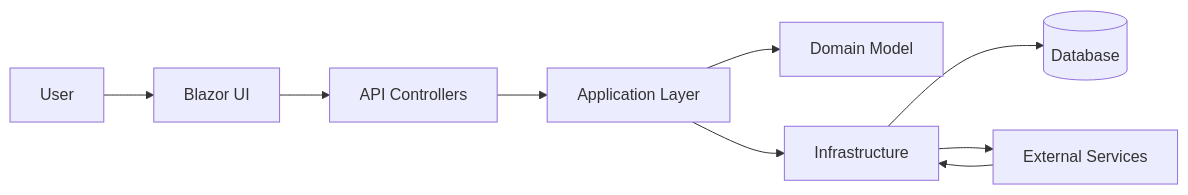
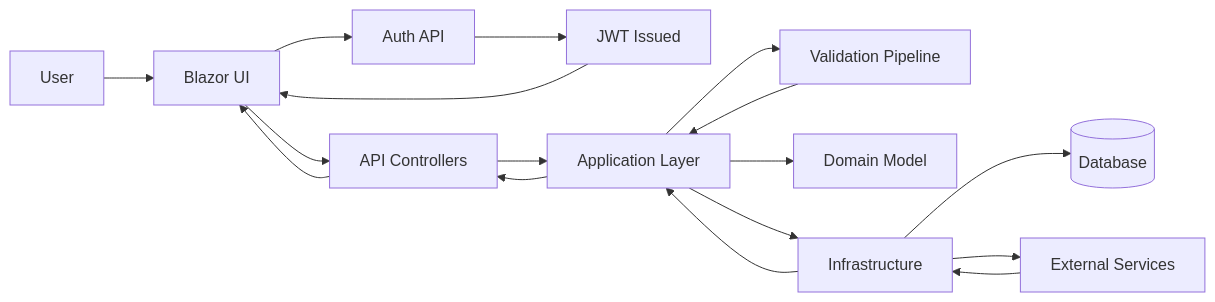
The first of 2 diagrams in README.md (CorpHarminder86/MerinoOne.SupplierPortal), drawn with Mermaid before and after one commit. The commit also changed other lines of this file and 203 other files, not shown here.

````diff
--- a/README.md
+++ b/README.md
@@ -33,11 +33,19 @@
 ```mermaid
 flowchart LR
-    User[User] --> UI[Blazor UI]
+    U[User] --> UI[Blazor UI]
+    UI --> Auth[Auth API]
+    Auth --> Token[JWT Issued]
+    Token --> UI
     UI --> API[API Controllers]
     API --> App[Application Layer]
+    App --> Val[Validation Pipeline]
+    Val --> App
     App --> Domain[Domain Model]
     App --> Infra[Infrastructure]
     Infra --> DB[(Database)]
     Infra --> Ext[External Services]
     Ext --> Infra
+    Infra --> App
+    App --> API
+    API --> UI
 ```
````
